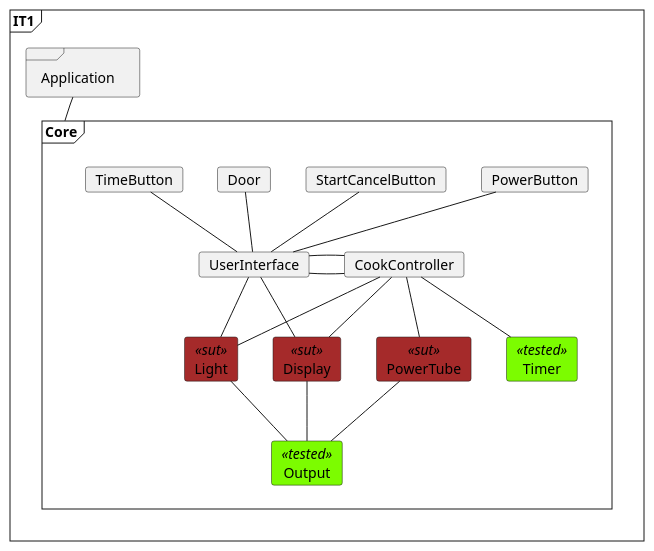
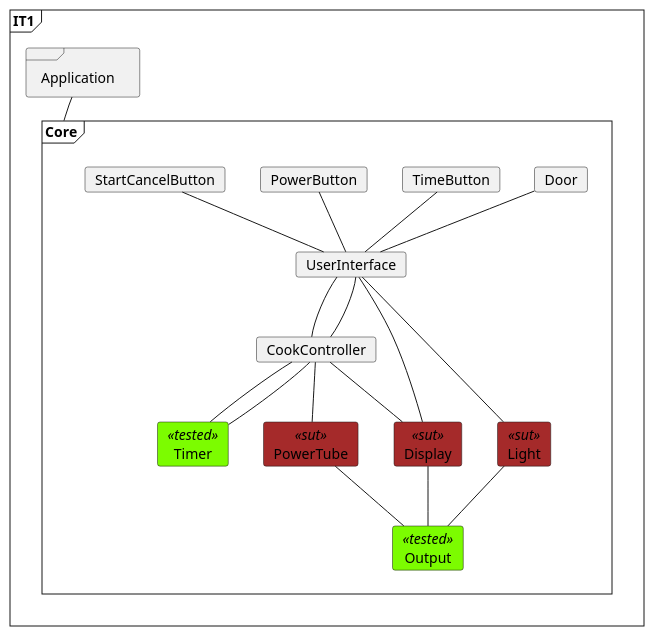
One commit to TeamSWT7/03-MicrowaveOven changed the diagram in docs/SysTestTree1.plantuml. Above: the diagram before and after it, drawn with PlantUML. The commit also changed 2 other files, not shown here.

```diff
--- a/docs/SysTestTree1.plantuml
+++ b/docs/SysTestTree1.plantuml
@@ -1,58 +1,58 @@
 @startuml SysTestTree1
 
 skinparam shadowing false
 'skinparam monochrome true
 skinparam backgroundColor transparent
 skinparam classBackgroundColor transparent
 skinparam style strictuml
 
 'Testing colors:
 skinparam card {
     backgroundColor<<sut>> brown
     backgroundColor<<tested>> lawngreen
 }
 
 frame IT1 {
 
 frame Application
 
 frame Core {
     card UserInterface
     card CookController 
 
     card Door
     card Light<<sut>>
     card Timer<<tested>>
     card PowerTube<<sut>>
     card Display<<sut>>
     card Output<<tested>>
 
     card TimeButton
     card PowerButton
     card StartCancelButton
 }
 
 Application -- Core
 
 TimeButton -- UserInterface
 PowerButton -- UserInterface
 StartCancelButton -- UserInterface
 Door -- UserInterface
 
 UserInterface - CookController
-UserInterface -- Light
-UserInterface -- Display
+UserInterface --- Light
+UserInterface --- Display
 
-CookController - UserInterface
-CookController -- Light
+CookController -- UserInterface
 CookController -- Display
 CookController -- Timer
 CookController -- PowerTube
 
+Timer - CookController
 Light -- Output
 Display -- Output
 PowerTube -- Output
 
 }
 
 @enduml
```
